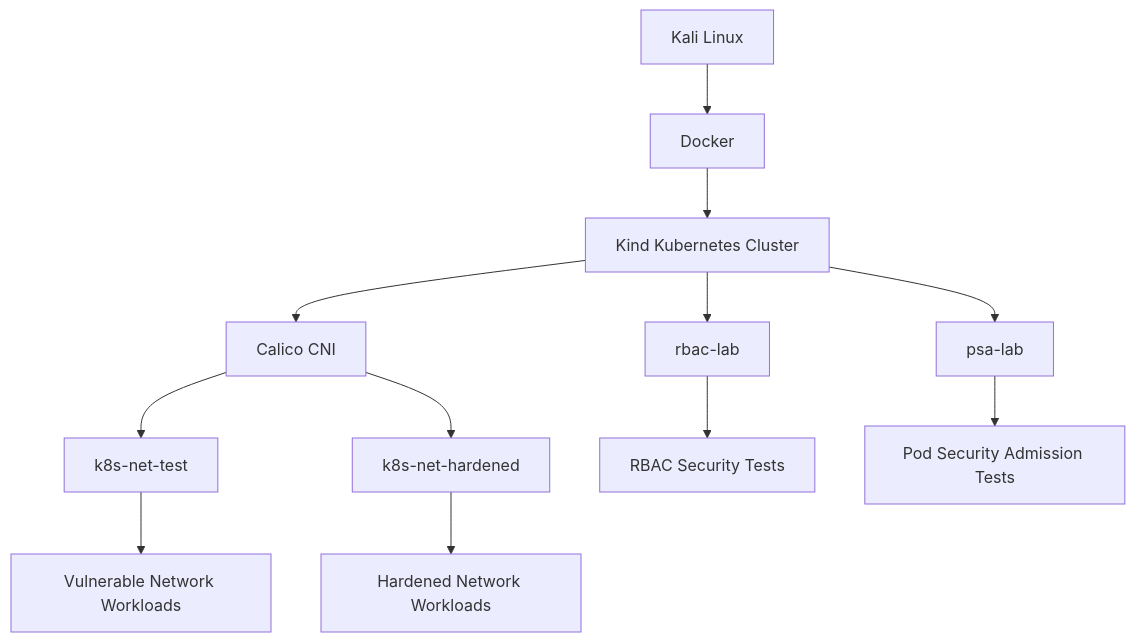
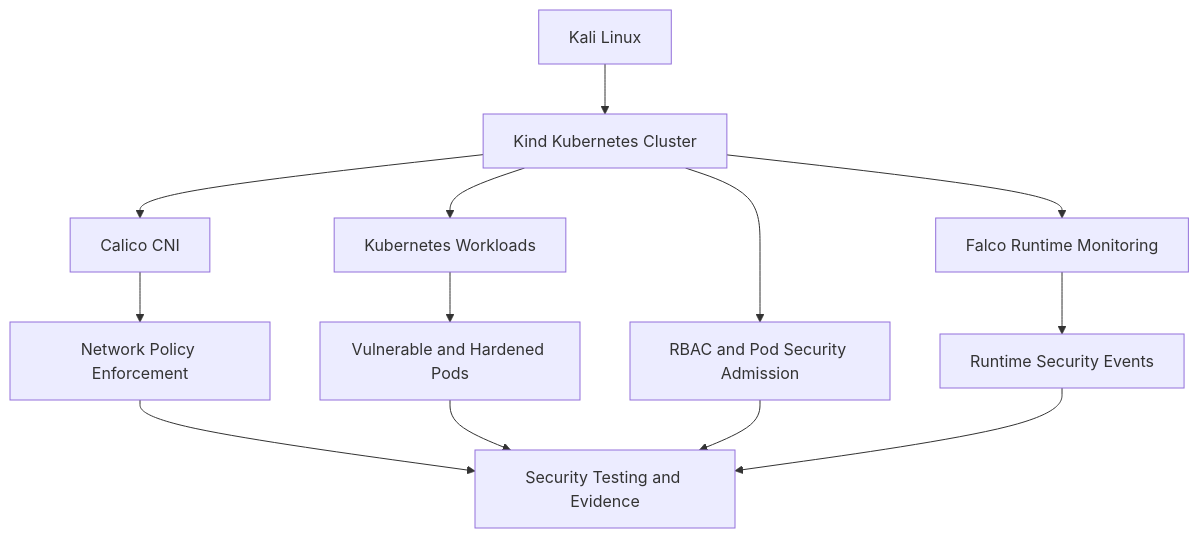
One commit to Softpaws-3104/k8s-security-fyp changed the diagram in README.md. Above: the diagram before and after it, drawn with Mermaid. The commit also changed other lines of this file, not shown here.

Commit message:
Update README with completed M6 security testing

````diff
--- a/README.md
+++ b/README.md
@@ -40,14 +40,15 @@
 ```mermaid
 flowchart TD
-    A[Kali Linux] --> B[Docker]
-    B --> C[Kind Kubernetes Cluster]
-    C --> D[Calico CNI]
-    D --> E[k8s-net-test]
-    D --> F[k8s-net-hardened]
-    C --> G[rbac-lab]
-    C --> H[psa-lab]
-    E --> I[Vulnerable Network Workloads]
-    F --> J[Hardened Network Workloads]
-    G --> K[RBAC Security Tests]
-    H --> L[Pod Security Admission Tests]
+    A["Kali Linux"] --> B["Kind Kubernetes Cluster"]
+    B --> C["Calico CNI"]
+    B --> D["Kubernetes Workloads"]
+    B --> E["RBAC and Pod Security Admission"]
+    B --> F["Falco Runtime Monitoring"]
+    C --> G["Network Policy Enforcement"]
+    D --> H["Vulnerable and Hardened Pods"]
+    F --> I["Runtime Security Events"]
+    G --> J["Security Testing and Evidence"]
+    H --> J
+    E --> J
+    I --> J
 ```
````
